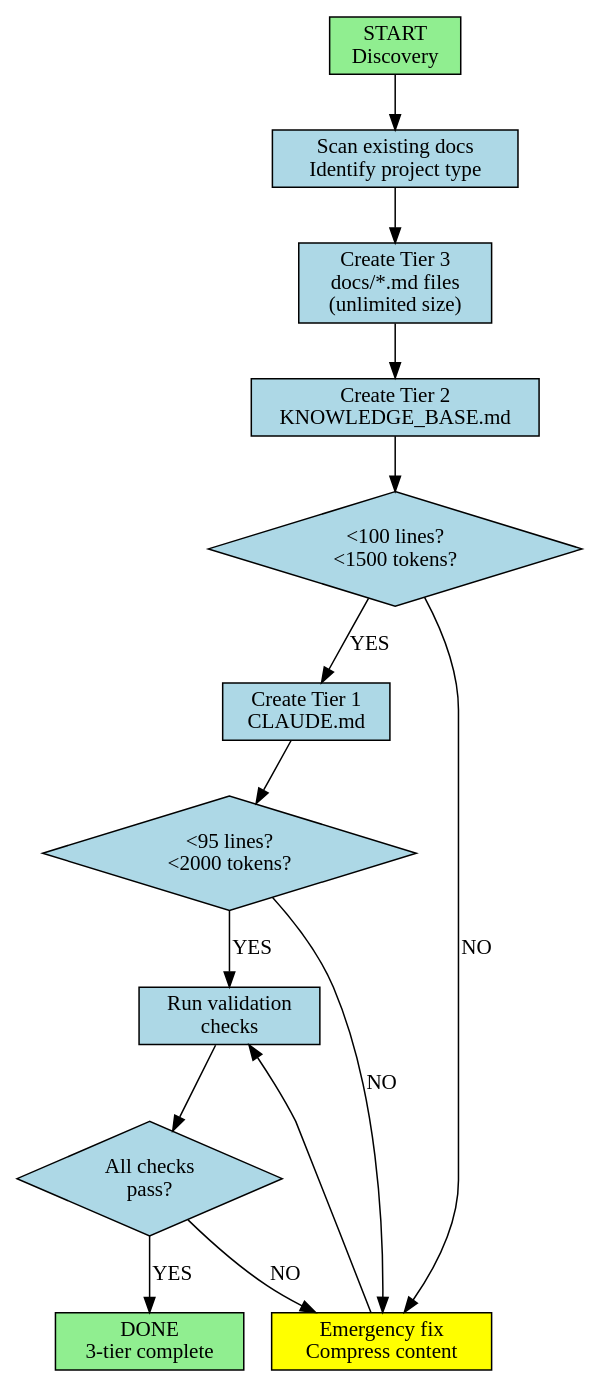
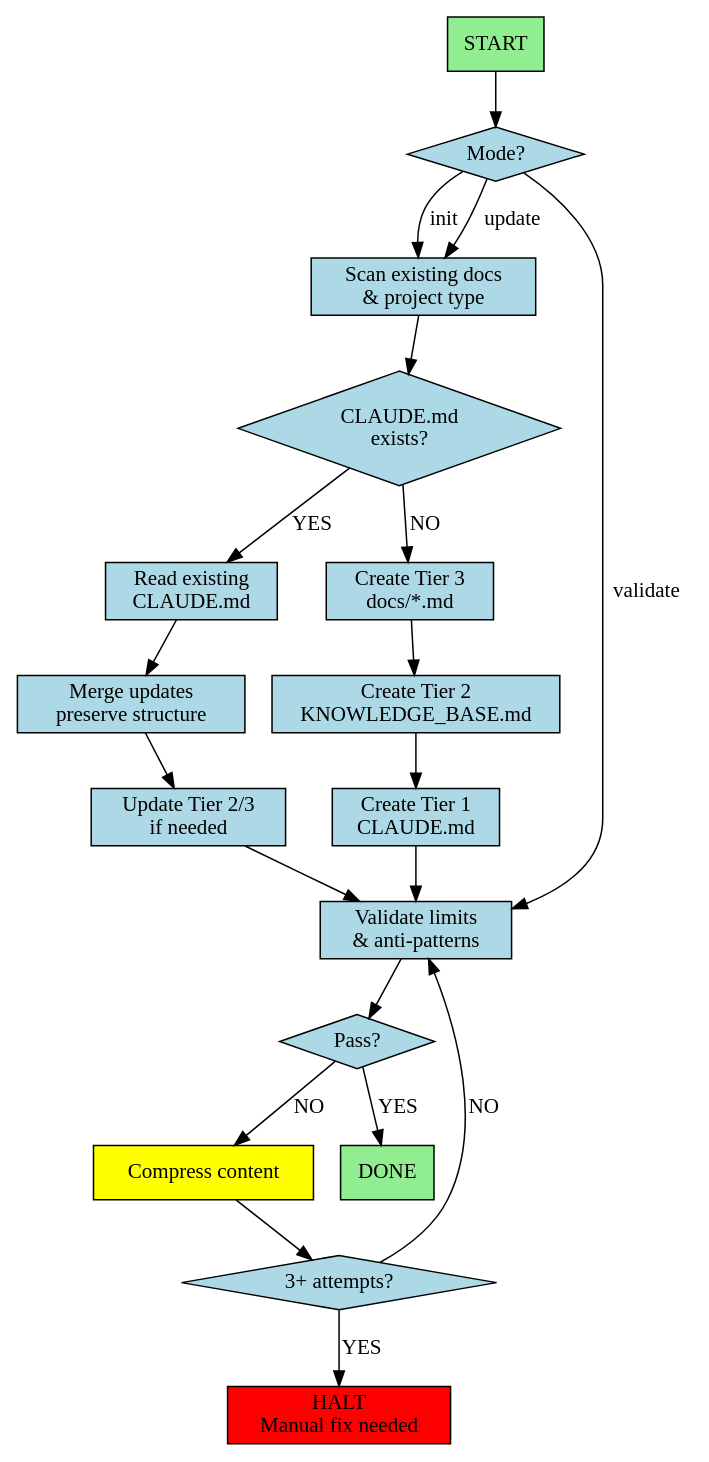
The diagram in ai/subagentic/ampcode/agents/context-builder.md (amrhas82/agentic-toolkit), drawn with Graphviz before and after one commit. The commit also changed other lines of this file and 64 other files, not shown here.

````diff
--- a/ai/subagentic/ampcode/agents/context-builder.md
+++ b/ai/subagentic/ampcode/agents/context-builder.md
@@ -13,32 +28,55 @@
 ```dot
 digraph ContextBuilder {
   rankdir=TB;
   node [shape=box, style=filled, fillcolor=lightblue];
 
-  start [label="START\nDiscovery", fillcolor=lightgreen];
-  scan [label="Scan existing docs\nIdentify project type"];
-  create_t3 [label="Create Tier 3\ndocs/*.md files\n(unlimited size)"];
+  start [label="START", fillcolor=lightgreen];
+  determine_mode [label="Mode?", shape=diamond];
+
+  // Scan phase
+  scan [label="Scan existing docs\n& project type"];
+  exists [label="CLAUDE.md\nexists?", shape=diamond];
+
+  // Update path
+  read_existing [label="Read existing\nCLAUDE.md"];
+  merge_update [label="Merge updates\npreserve structure"];
+  update_tiers [label="Update Tier 2/3\nif needed"];
+
+  // Create path
+  create_t3 [label="Create Tier 3\ndocs/*.md"];
   create_t2 [label="Create Tier 2\nKNOWLEDGE_BASE.md"];
-  check_t2 [label="<100 lines?\n<1500 tokens?", shape=diamond];
   create_t1 [label="Create Tier 1\nCLAUDE.md"];
-  check_t1 [label="<95 lines?\n<2000 tokens?", shape=diamond];
-  validate [label="Run validation\nchecks"];
-  all_pass [label="All checks\npass?", shape=diamond];
-  emergency [label="Emergency fix\nCompress content", fillcolor=yellow];
-  done [label="DONE\n3-tier complete", fillcolor=lightgreen];
 
-  start -> scan;
-  scan -> create_t3;
+  // Validation
+  validate [label="Validate limits\n& anti-patterns"];
+  pass [label="Pass?", shape=diamond];
+  emergency [label="Compress content", fillcolor=yellow];
+  attempts [label="3+ attempts?", shape=diamond];
+  halt [label="HALT\nManual fix needed", fillcolor=red];
+  done [label="DONE", fillcolor=lightgreen];
+
+  start -> determine_mode;
+  determine_mode -> scan [label="init"];
+  determine_mode -> scan [label="update"];
+  determine_mode -> validate [label="validate"];
+
+  scan -> exists;
+  exists -> read_existing [label="YES"];
+  exists -> create_t3 [label="NO"];
+
+  read_existing -> merge_update;
+  merge_update -> update_tiers;
+  update_tiers -> validate;
+
   create_t3 -> create_t2;
-  create_t2 -> check_t2;
-  check_t2 -> emergency [label="NO"];
-  check_t2 -> create_t1 [label="YES"];
-  create_t1 -> check_t1;
-  check_t1 -> emergency [label="NO"];
-  check_t1 -> validate [label="YES"];
-  validate -> all_pass;
-  all_pass -> emergency [label="NO"];
-  all_pass -> done [label="YES"];
-  emergency -> validate;
+  create_t2 -> create_t1;
+  create_t1 -> validate;
+
+  validate -> pass;
+  pass -> done [label="YES"];
+  pass -> emergency [label="NO"];
+  emergency -> attempts;
+  attempts -> validate [label="NO"];
+  attempts -> halt [label="YES"];
 }
 ```
````
